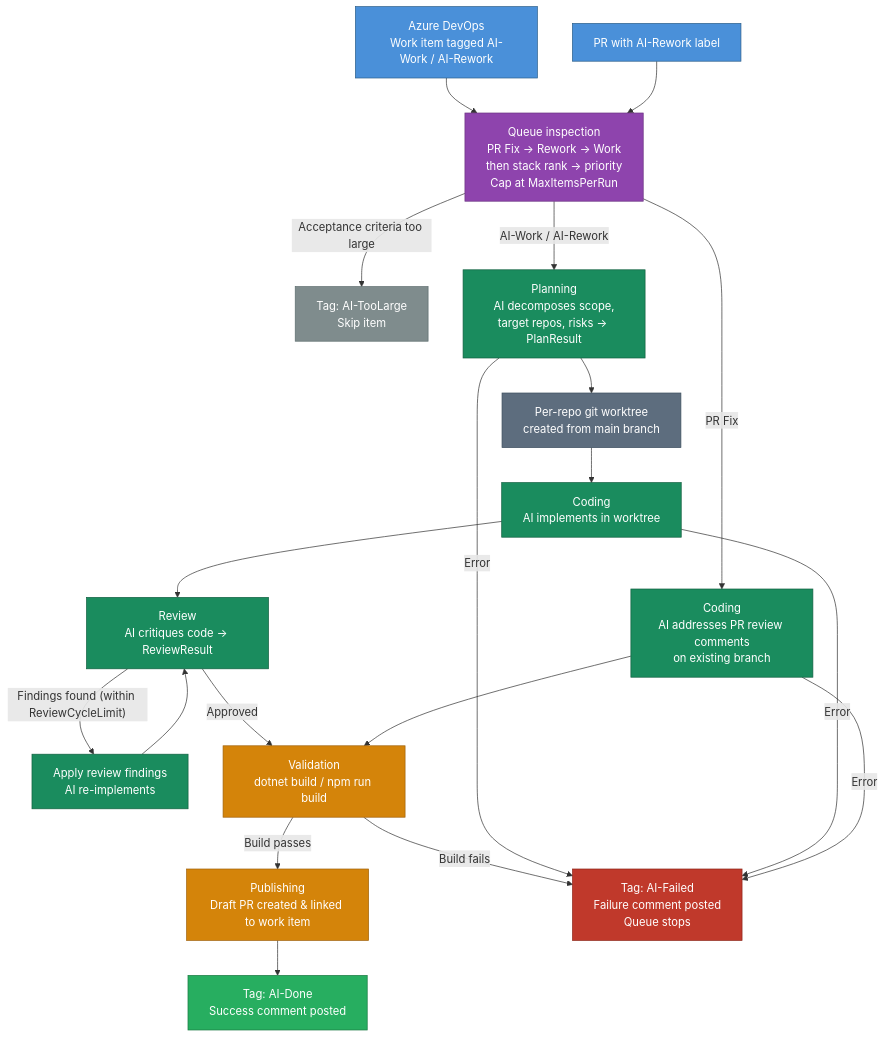
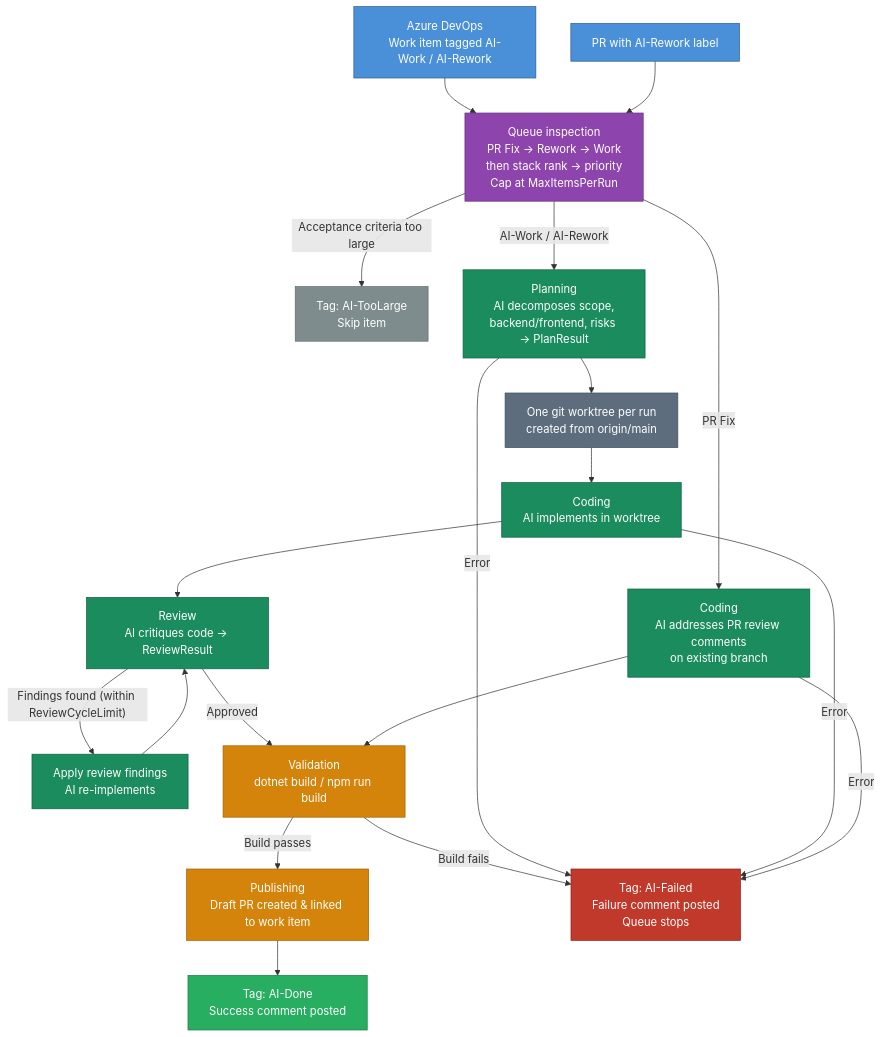
The first of 2 diagrams in README.md (SpaceOgre/ado-autonomous-worker), drawn with Mermaid before and after one commit. The commit also changed other lines of this file and 32 other files, not shown here.

````diff
--- a/README.md
+++ b/README.md
@@ -17,55 +17,55 @@
 ```mermaid
 flowchart TD
     classDef ado     fill:#4A90D9,stroke:#2C5F8A,color:#fff
     classDef queue   fill:#8E44AD,stroke:#6C3483,color:#fff
     classDef agent   fill:#1A8C5E,stroke:#116040,color:#fff
     classDef infra   fill:#5D6D7E,stroke:#3D4F5E,color:#fff
     classDef check   fill:#D4840A,stroke:#A0620A,color:#fff
     classDef success fill:#27AE60,stroke:#1A7A42,color:#fff
     classDef failure fill:#C0392B,stroke:#8E2418,color:#fff
     classDef skipped fill:#7F8C8D,stroke:#5D6D6E,color:#fff
 
     ADO["Azure DevOps<br/>Work item tagged AI-Work / AI-Rework"]
     PR["PR with AI-Rework label"]
     Queue["Queue inspection<br/>PR Fix → Rework → Work<br/>then stack rank → priority<br/>Cap at MaxItemsPerRun"]
     TooLarge["Tag: AI-TooLarge<br/>Skip item"]
-    Plan["Planning<br/>AI decomposes scope,<br/>target repos, risks → PlanResult"]
-    Worktree["Per-repo git worktree<br/>created from main branch"]
+    Plan["Planning<br/>AI decomposes scope,<br/>backend/frontend, risks → PlanResult"]
+    Worktree["One git worktree per run<br/>created from origin/main"]
     Code["Coding<br/>AI implements in worktree"]
     Review["Review<br/>AI critiques code → ReviewResult"]
     ApplyReview["Apply review findings<br/>AI re-implements"]
     PrFixCode["Coding<br/>AI addresses PR review comments<br/>on existing branch"]
     Validate["Validation<br/>dotnet build / npm run build"]
     Publish["Publishing<br/>Draft PR created & linked to work item"]
     Done["Tag: AI-Done<br/>Success comment posted"]
     Failed["Tag: AI-Failed<br/>Failure comment posted<br/>Queue stops"]
 
     ADO --> Queue
     PR --> Queue
     Queue -- "Acceptance criteria too large" --> TooLarge
     Queue -- "AI-Work / AI-Rework" --> Plan
     Queue -- "PR Fix" --> PrFixCode
     Plan --> Worktree
     Worktree --> Code
     Code --> Review
     Review -- "Findings found (within ReviewCycleLimit)" --> ApplyReview
     ApplyReview --> Review
     Review -- "Approved" --> Validate
     PrFixCode --> Validate
     Validate -- "Build fails" --> Failed
     Validate -- "Build passes" --> Publish
     Publish --> Done
     Plan -- "Error" --> Failed
     Code -- "Error" --> Failed
     PrFixCode -- "Error" --> Failed
 
     class ADO,PR ado
     class Queue queue
     class TooLarge skipped
     class Plan,Code,Review,ApplyReview,PrFixCode agent
     class Worktree infra
     class Validate check
     class Publish check
     class Done success
     class Failed failure
 ```
````
